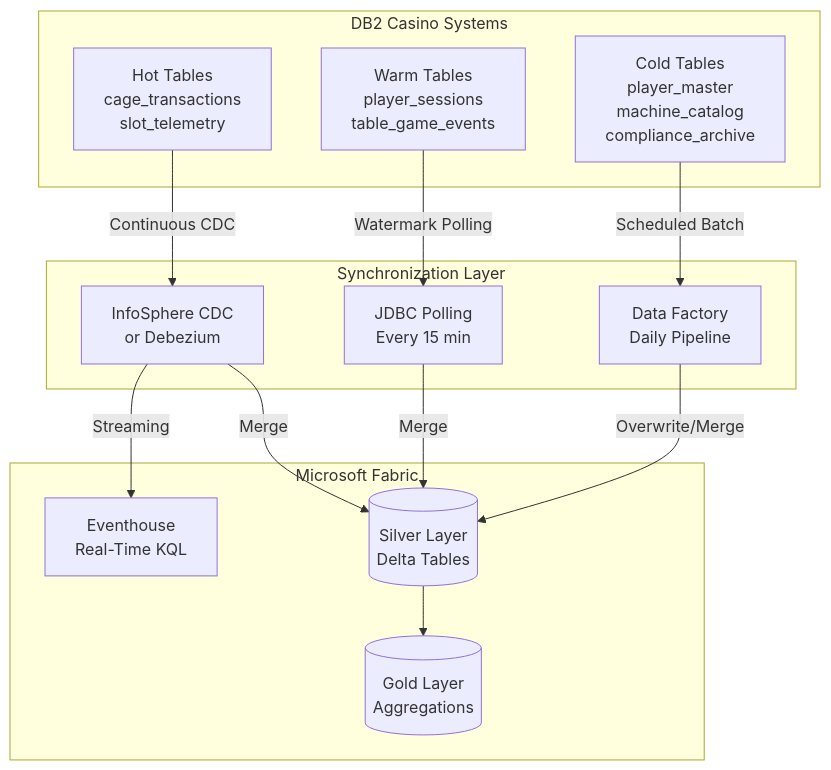
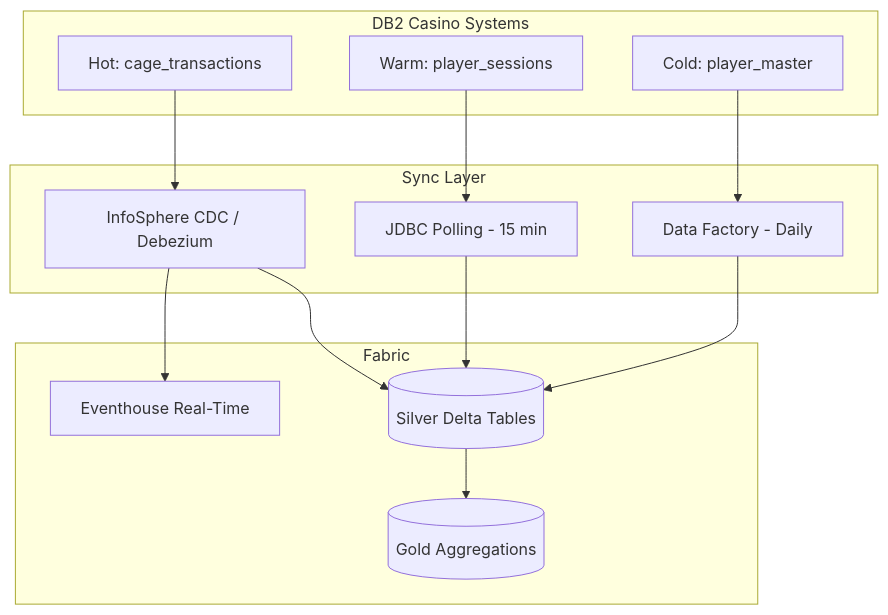
The eighth of 8 diagrams in tutorials/25-ibm-db2-source/README.md (fgarofalo56/Supercharge_Microsoft_Fabric), drawn with Mermaid before and after one commit. The commit also changed other lines of this file and 3 other files, not shown here.

````diff
--- a/tutorials/25-ibm-db2-source/README.md
+++ b/tutorials/25-ibm-db2-source/README.md
@@ -1747,30 +797,23 @@
 ```mermaid
 flowchart TB
-    subgraph DB2_Source["DB2 Casino Systems"]
-        HOT[Hot Tables<br/>cage_transactions<br/>slot_telemetry]
-        WARM[Warm Tables<br/>player_sessions<br/>table_game_events]
-        COLD[Cold Tables<br/>player_master<br/>machine_catalog<br/>compliance_archive]
+    subgraph DB2Source["DB2 Casino Systems"]
+        HOT[Hot: cage_transactions]
+        WARM[Warm: player_sessions]
+        COLD[Cold: player_master]
     end
-
-    subgraph Sync["Synchronization Layer"]
-        CDC2[InfoSphere CDC<br/>or Debezium]
-        POLL[JDBC Polling<br/>Every 15 min]
-        BATCH[Data Factory<br/>Daily Pipeline]
+    subgraph Sync["Sync Layer"]
+        CDC3[InfoSphere CDC / Debezium]
+        POLL2[JDBC Polling - 15 min]
+        BATCH2[Data Factory - Daily]
     end
-
-    subgraph Fabric3["Microsoft Fabric"]
-        RT[Eventhouse<br/>Real-Time KQL]
-        SILVER[(Silver Layer<br/>Delta Tables)]
-        GOLD[(Gold Layer<br/>Aggregations)]
+    subgraph Fabric4["Fabric"]
+        RT2[Eventhouse Real-Time]
+        SIL[(Silver Delta Tables)]
+        GOLD2[(Gold Aggregations)]
     end
-
-    HOT -->|Continuous CDC| CDC2
-    WARM -->|Watermark Polling| POLL
-    COLD -->|Scheduled Batch| BATCH
-
-    CDC2 -->|Streaming| RT
-    CDC2 -->|Merge| SILVER
-    POLL -->|Merge| SILVER
-    BATCH -->|Overwrite/Merge| SILVER
-    SILVER --> GOLD
+    HOT --> CDC3 --> RT2
+    CDC3 --> SIL
+    WARM --> POLL2 --> SIL
+    COLD --> BATCH2 --> SIL
+    SIL --> GOLD2
 ```
````
